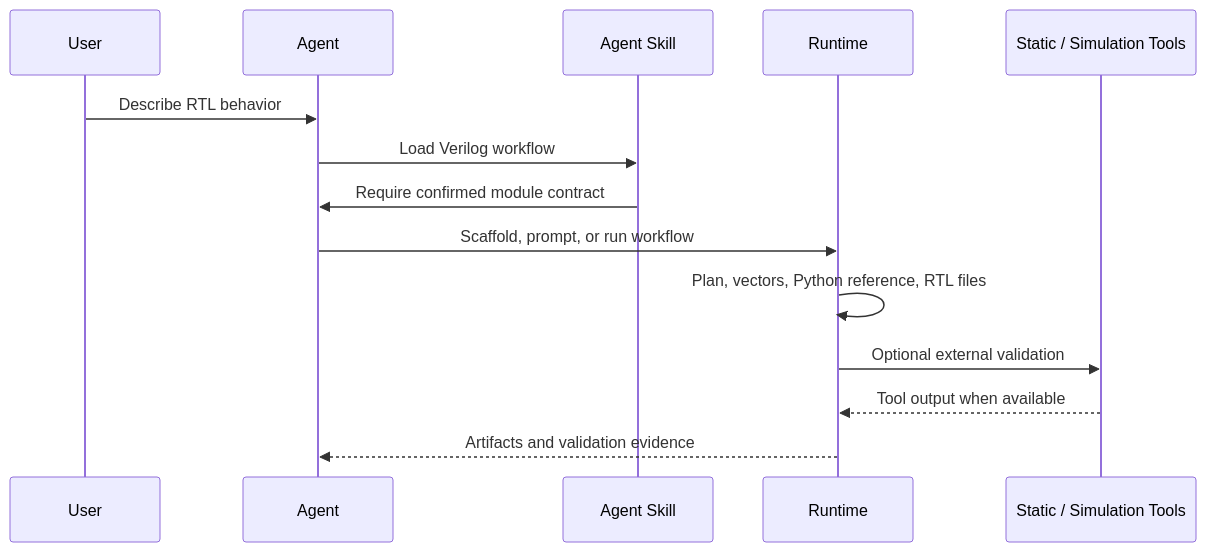
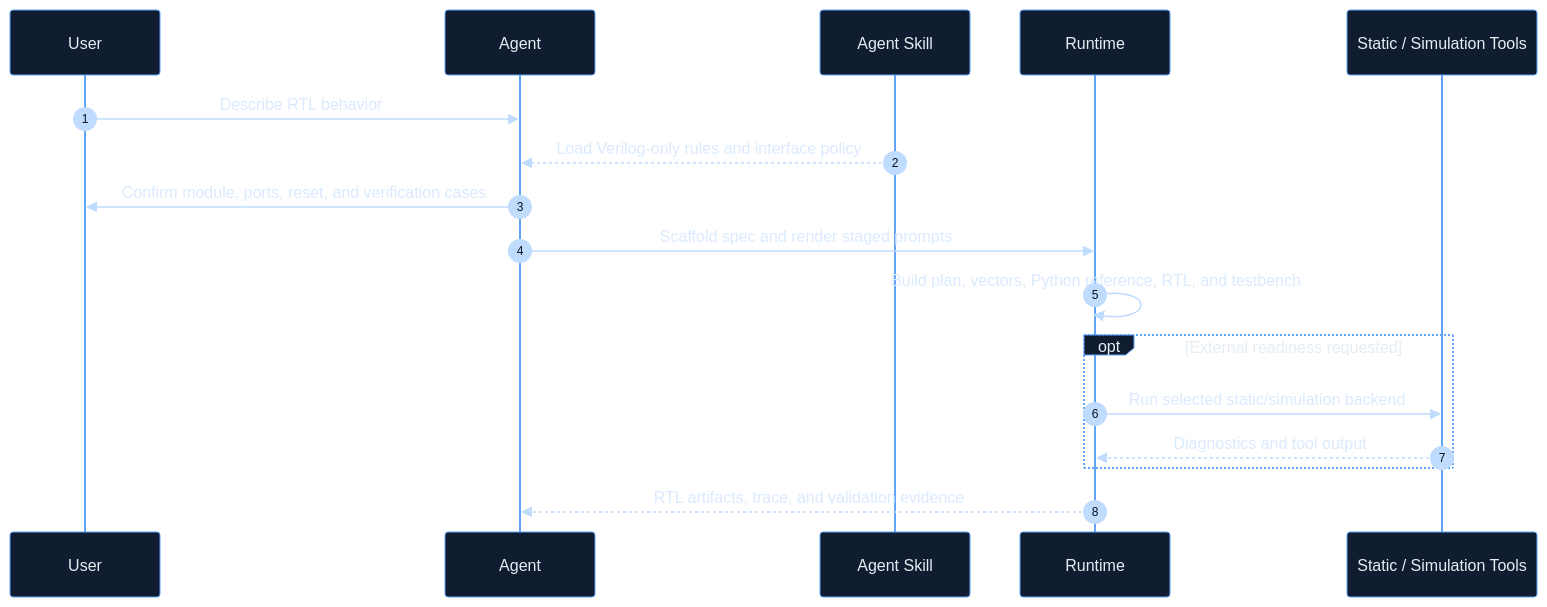
One commit to Eriemon/verilog-generator changed the second of 2 diagrams in README.md. Above: the diagram before and after it, drawn with Mermaid. The commit also changed other lines of this file and 4 other files, not shown here.

Commit message:
Polish README diagrams and release metadata

````diff
--- a/README.md
+++ b/README.md
@@ -53,17 +79,21 @@
 ```mermaid
+%%{init: {"theme": "base", "themeVariables": {"background": "#0b1220", "actorBkg": "#101d31", "actorBorder": "#60a5fa", "actorTextColor": "#e6edf3", "signalColor": "#bfdbfe", "signalTextColor": "#dbeafe", "noteBkgColor": "#17233a", "noteTextColor": "#e6edf3", "fontFamily": "Inter, Segoe UI, Arial"}}}%%
 sequenceDiagram
+    autonumber
     participant User
     participant Agent
     participant Skill as Agent Skill
     participant Runtime
     participant Tools as Static / Simulation Tools
 
     User->>Agent: Describe RTL behavior
-    Agent->>Skill: Load Verilog workflow
-    Skill->>Agent: Require confirmed module contract
-    Agent->>Runtime: Scaffold, prompt, or run workflow
-    Runtime->>Runtime: Plan, vectors, Python reference, RTL files
-    Runtime->>Tools: Optional external validation
-    Tools-->>Runtime: Tool output when available
-    Runtime-->>Agent: Artifacts and validation evidence
+    Skill-->>Agent: Load Verilog-only rules and interface policy
+    Agent->>User: Confirm module, ports, reset, and verification cases
+    Agent->>Runtime: Scaffold spec and render staged prompts
+    Runtime->>Runtime: Build plan, vectors, Python reference, RTL, and testbench
+    opt External readiness requested
+      Runtime->>Tools: Run selected static/simulation backend
+      Tools-->>Runtime: Diagnostics and tool output
+    end
+    Runtime-->>Agent: RTL artifacts, trace, and validation evidence
 ```
````
